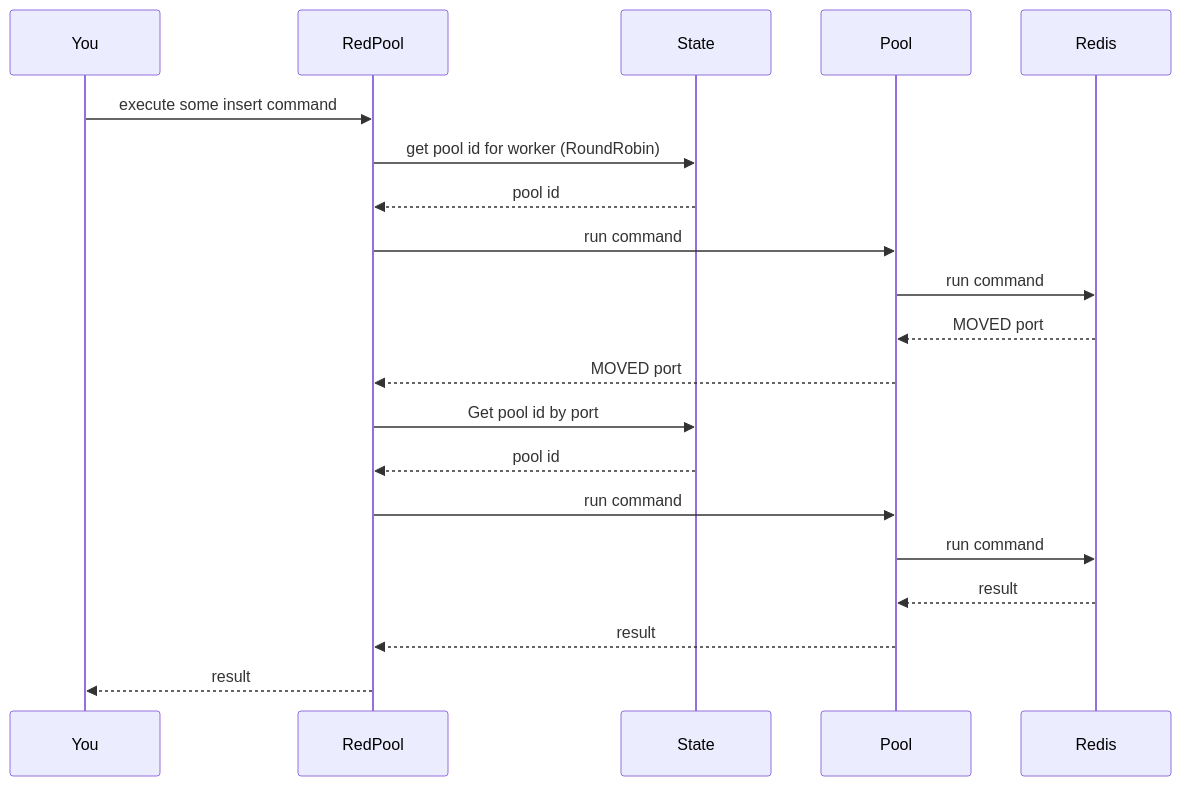
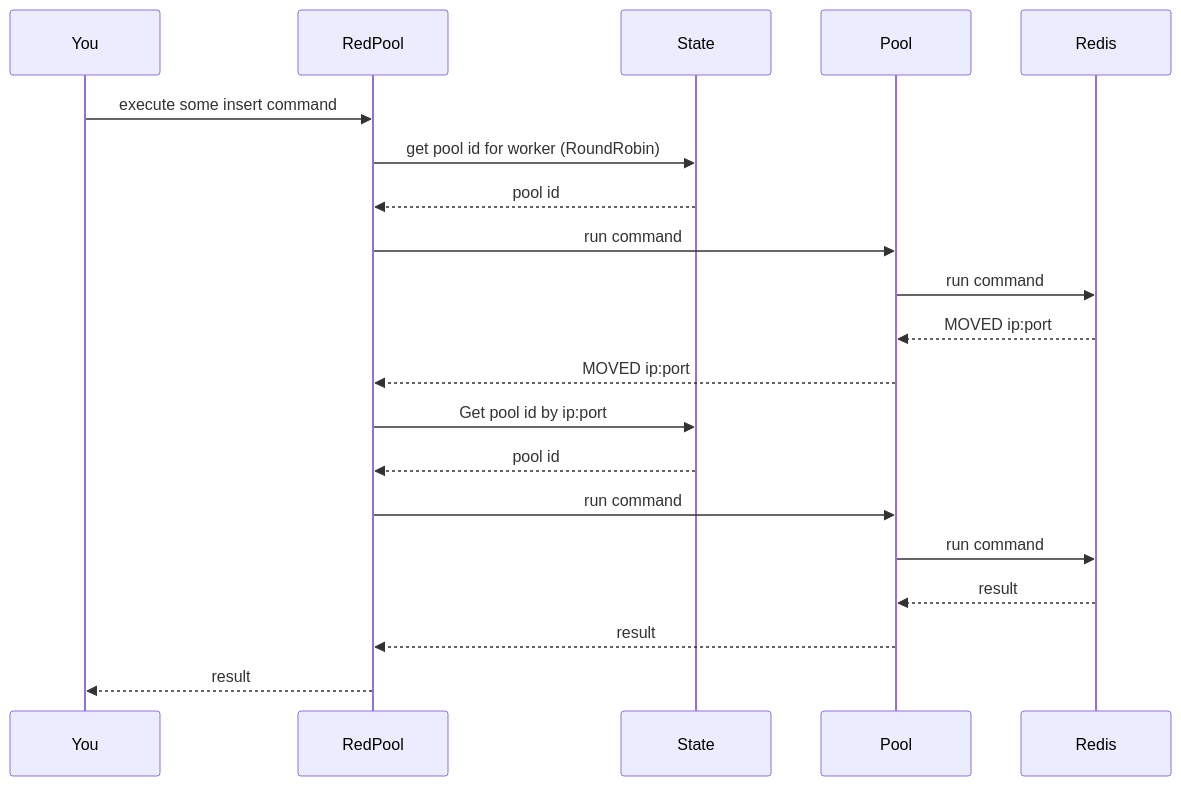
The third of 3 diagrams in docs/how-it-works.md (general-CbIC/red_pool), drawn with Mermaid before and after one commit. The commit also changed 3 other files, not shown here.

````diff
--- a/docs/how-it-works.md
+++ b/docs/how-it-works.md
@@ -53,17 +53,17 @@
 ```mermaid
 sequenceDiagram
   You ->> RedPool: execute some insert command
   RedPool ->> State: get pool id for worker (RoundRobin)
   State -->> RedPool: pool id
   RedPool ->> Pool: run command
   Pool ->> Redis: run command
-  Redis -->> Pool: MOVED port
-  Pool -->> RedPool: MOVED port
-  RedPool ->> State: Get pool id by port
+  Redis -->> Pool: MOVED ip:port
+  Pool -->> RedPool: MOVED ip:port
+  RedPool ->> State: Get pool id by ip:port
   State -->> RedPool: pool id
   RedPool ->> Pool: run command
   Pool ->> Redis: run command
   Redis -->> Pool: result
   Pool -->> RedPool: result
   RedPool -->> You: result
 ```
````
